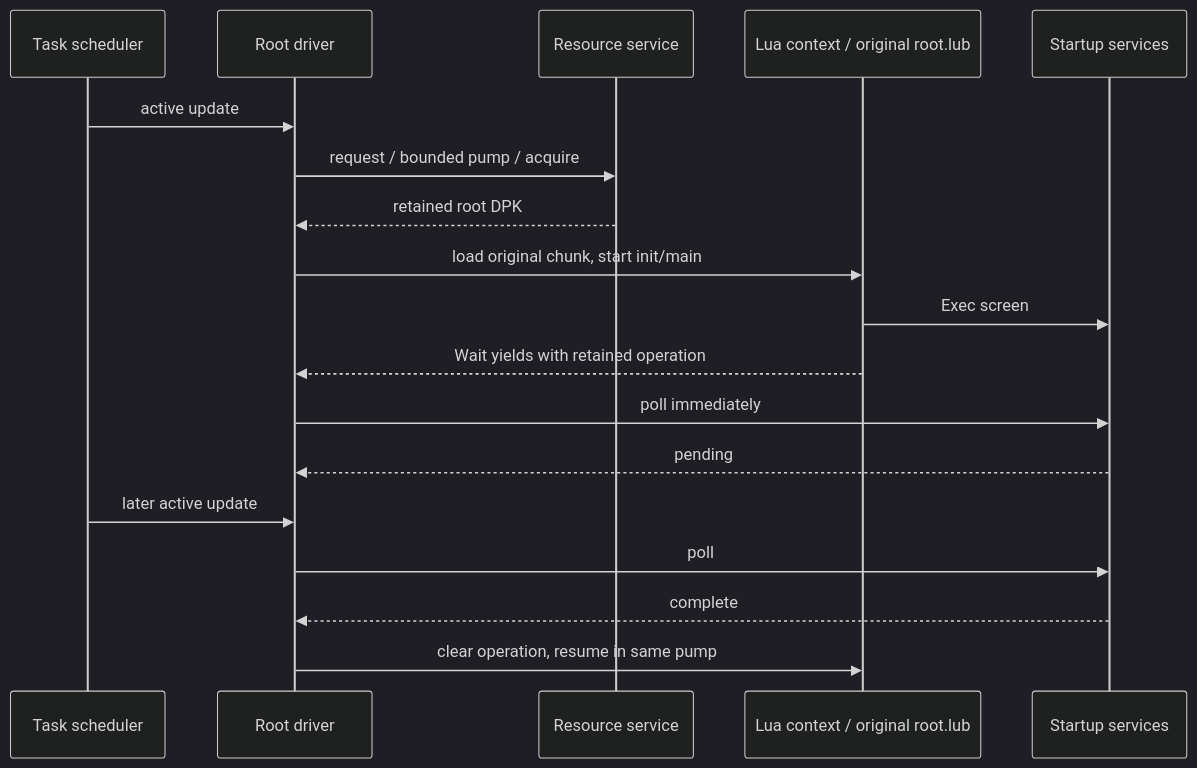
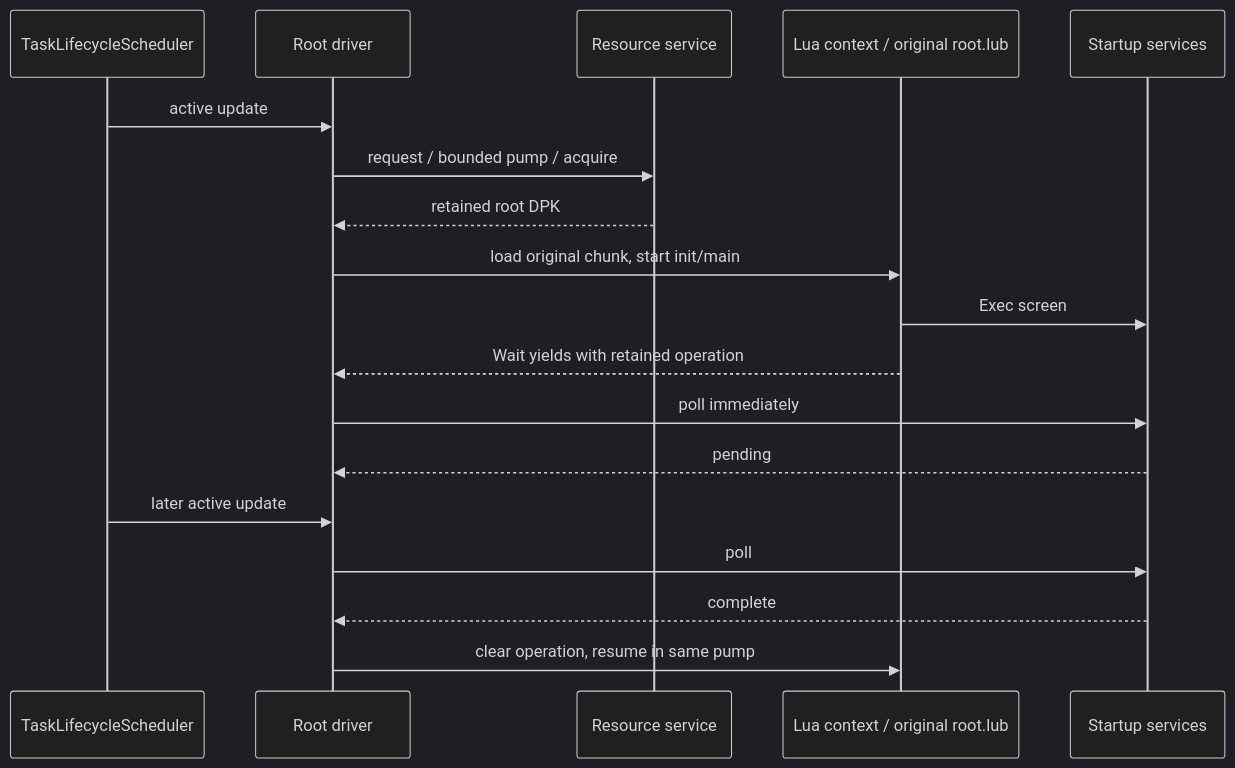
Before and after one commit to plainsight-systems/bullet-witch: the second of 2 diagrams in docs/startup-runtime.md, drawn with Mermaid (dark theme). The commit also changed other lines of this file and 28 other files, not shown here.

````diff
--- a/docs/startup-runtime.md
+++ b/docs/startup-runtime.md
@@ -111,20 +112,20 @@
 ```mermaid
 sequenceDiagram
-    participant Host as Task scheduler
+    participant Host as TaskLifecycleScheduler
     participant Root as Root driver
     participant Resource as Resource service
     participant Lua as Lua context / original root.lub
     participant Game as Startup services
     Host->>Root: active update
     Root->>Resource: request / bounded pump / acquire
     Resource-->>Root: retained root DPK
     Root->>Lua: load original chunk, start init/main
     Lua->>Game: Exec screen
     Lua-->>Root: Wait yields with retained operation
     Root->>Game: poll immediately
     Game-->>Root: pending
     Host->>Root: later active update
     Root->>Game: poll
     Game-->>Root: complete
     Root->>Lua: clear operation, resume in same pump
 ```
````
